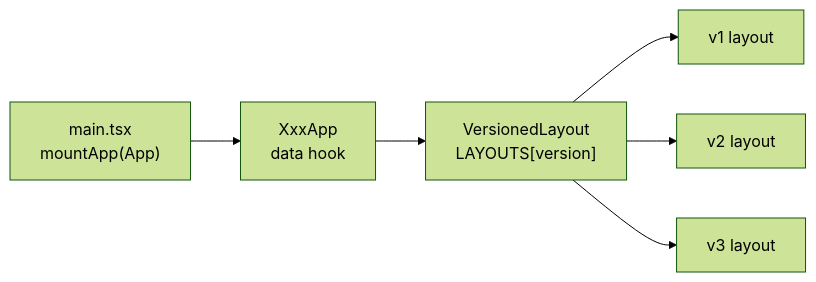
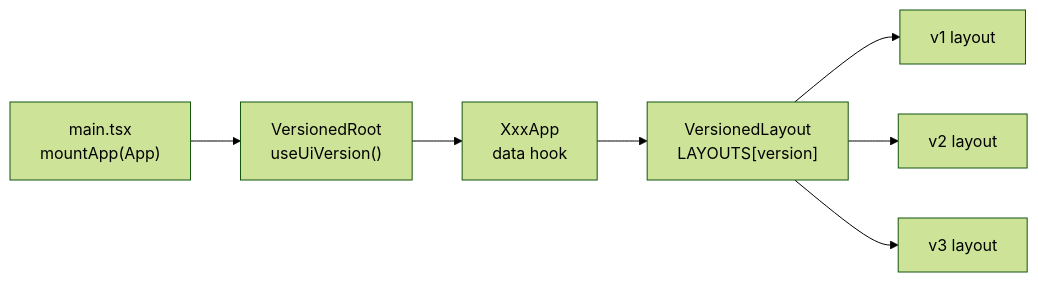
The third of 3 diagrams in server-in-test/README.md (immer-b/self-healing-e2e-tests), drawn with Mermaid (forest theme) before and after one commit. The commit also changed other lines of this file and 25 other files, not shown here.

````diff
--- a/server-in-test/README.md
+++ b/server-in-test/README.md
@@ -72,8 +85,8 @@
 ```mermaid
 flowchart LR
-  main["main.tsx<br/>mountApp(App)"] --> App["XxxApp<br/>data hook"]
+  main["main.tsx<br/>mountApp(App)"] --> Root["VersionedRoot<br/>useUiVersion()"] --> App["XxxApp<br/>data hook"]
   App --> VL["VersionedLayout<br/>LAYOUTS[version]"]
   VL --> V1["v1 layout"]
   VL --> V2["v2 layout"]
   VL --> V3["v3 layout"]
 ```
````
